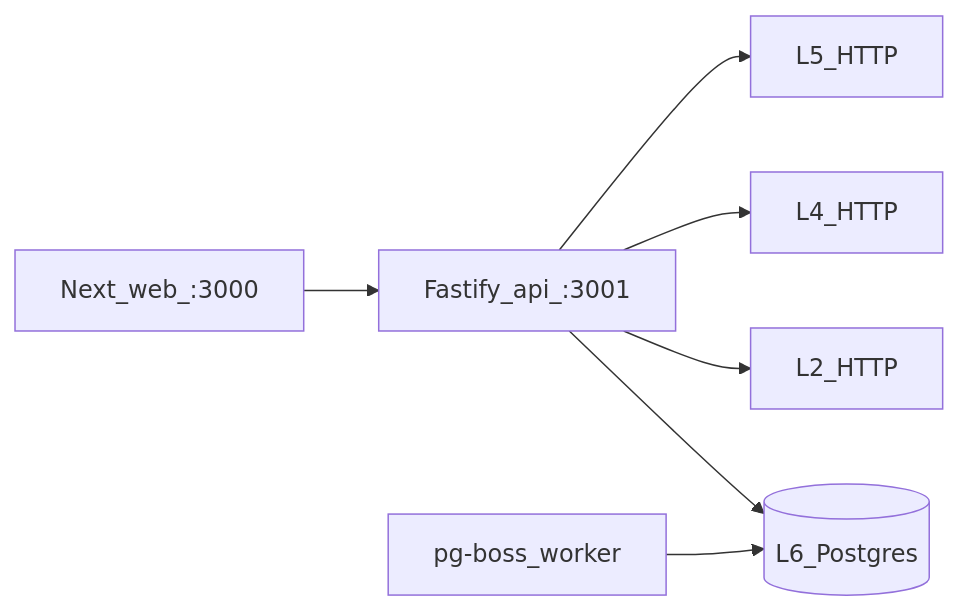
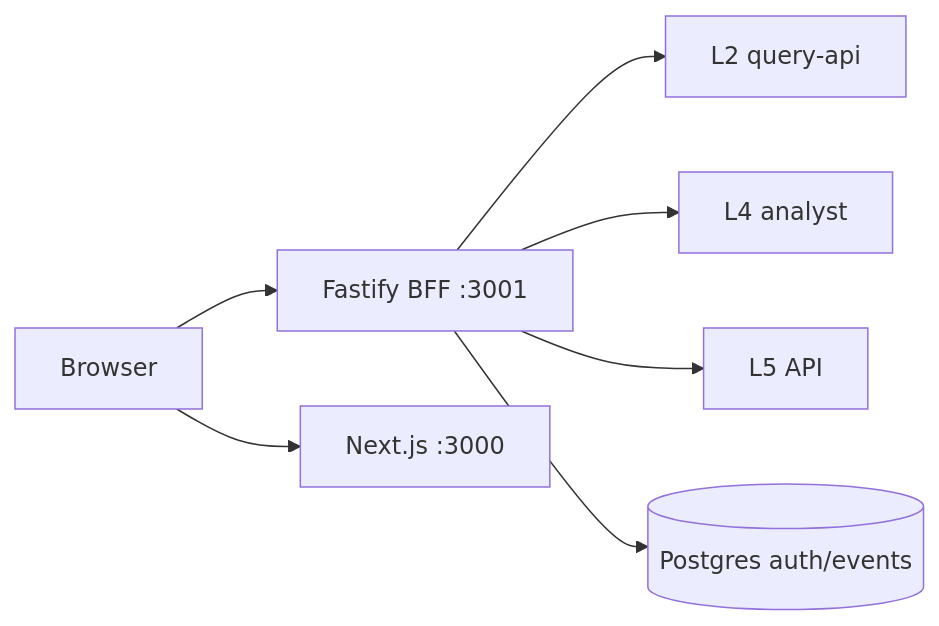
Before and after one commit to Stamped-Energy/experience-integration: the diagram in README.md, drawn with Mermaid. The commit also changed other lines of this file and 1 other file, not shown here.

````diff
--- a/README.md
+++ b/README.md
@@ -102,9 +104,9 @@
 ```mermaid
 flowchart LR
-  Browser[Next_web_:3000] --> BFF[Fastify_api_:3001]
-  BFF --> L5[L5_HTTP]
-  BFF --> L4[L4_HTTP]
-  BFF --> L2[L2_HTTP]
-  BFF --> Pg[(L6_Postgres)]
-  Worker[pg-boss_worker] --> Pg
+  Browser --> BFF[Fastify BFF :3001]
+  BFF --> L2[L2 query-api]
+  BFF --> L4[L4 analyst]
+  BFF --> L5[L5 API]
+  BFF --> PG[(Postgres auth/events)]
+  Browser --> Web[Next.js :3000]
 ```
````
